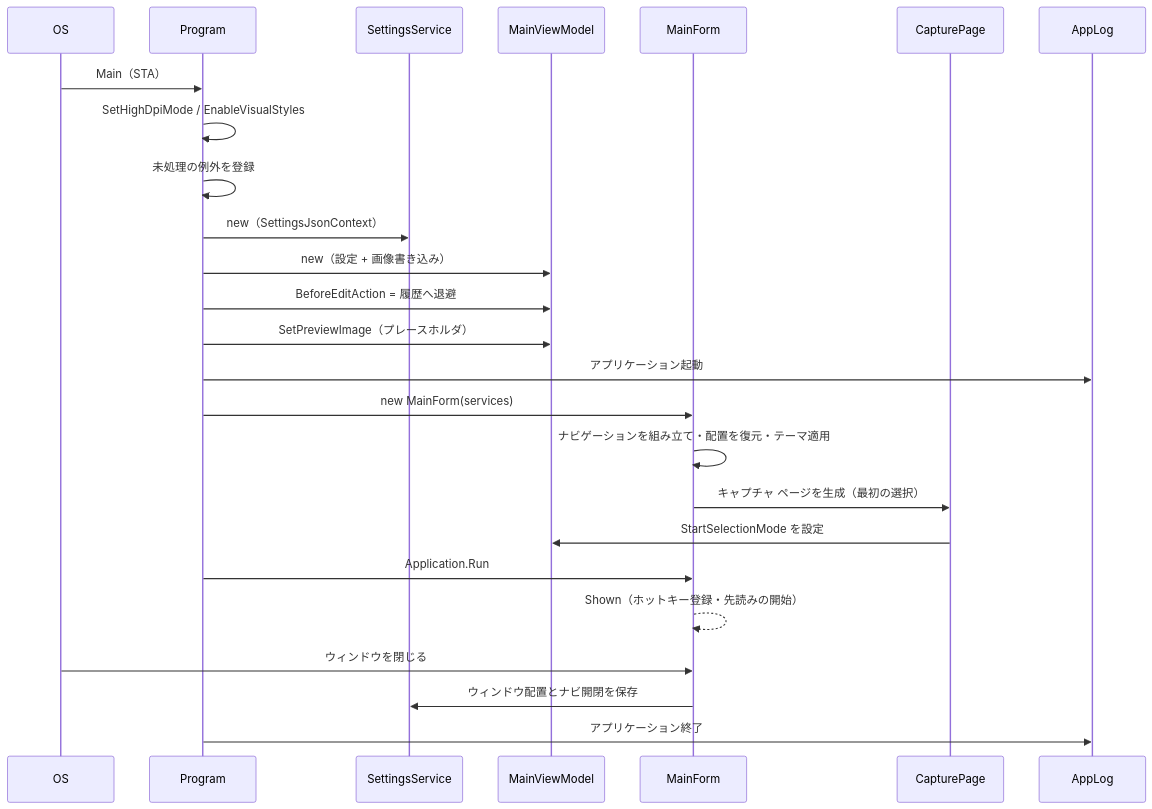
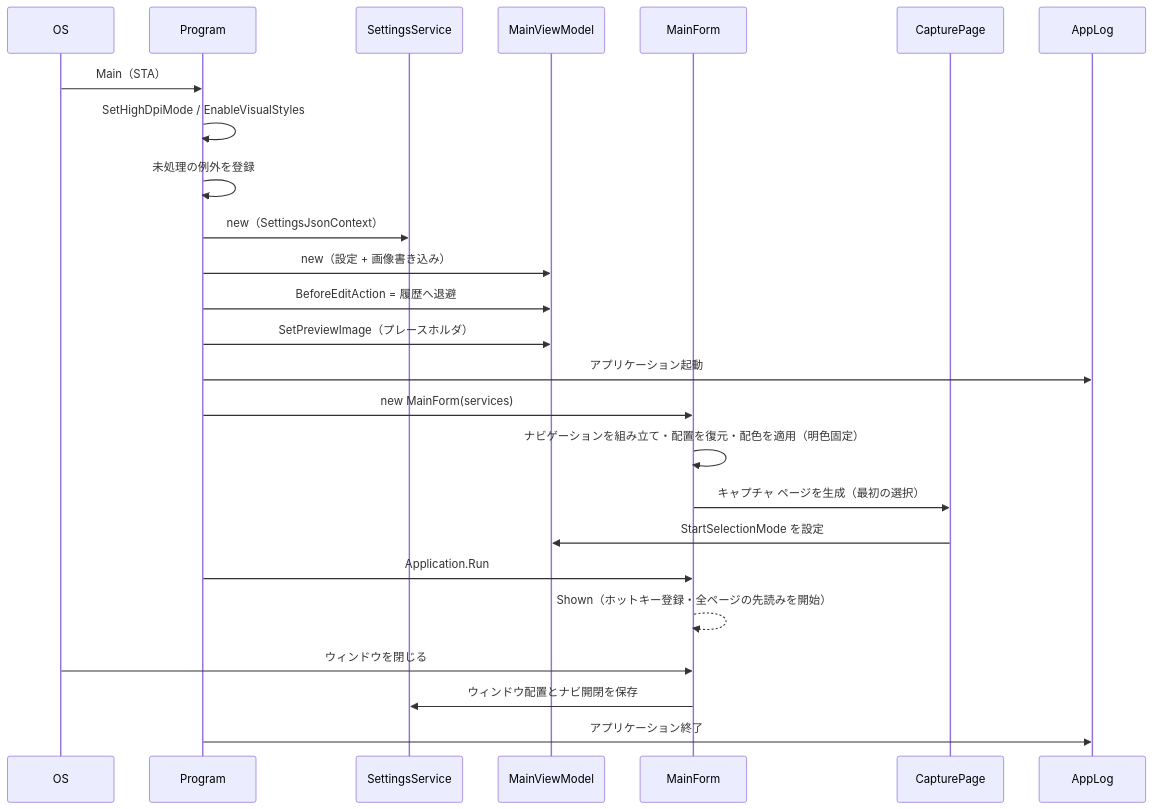
The fourth of 9 diagrams in src/App.WinForms/docs/SPEC_System.md (tomokuni/SaveEvidence), drawn with Mermaid before and after one commit. The commit also changed other lines of this file and 132 other files, not shown here.

````diff
--- a/src/App.WinForms/docs/SPEC_System.md
+++ b/src/App.WinForms/docs/SPEC_System.md
@@ -287,28 +288,28 @@
 ```mermaid
 sequenceDiagram
     participant OS
     participant Program
     participant Settings as SettingsService
     participant VM as MainViewModel
     participant Form as MainForm
     participant Page as CapturePage
     participant Log as AppLog
 
     OS->>Program: Main（STA）
     Program->>Program: SetHighDpiMode / EnableVisualStyles
     Program->>Program: 未処理の例外を登録
     Program->>Settings: new（SettingsJsonContext）
     Program->>VM: new（設定 + 画像書き込み）
     Program->>VM: BeforeEditAction = 履歴へ退避
     Program->>VM: SetPreviewImage（プレースホルダ）
     Program->>Log: アプリケーション起動
     Program->>Form: new MainForm(services)
-    Form->>Form: ナビゲーションを組み立て・配置を復元・テーマ適用
+    Form->>Form: ナビゲーションを組み立て・配置を復元・配色を適用（明色固定）
     Form->>Page: キャプチャ ページを生成（最初の選択）
     Page->>VM: StartSelectionMode を設定
     Program->>Form: Application.Run
-    Form-->>Form: Shown（ホットキー登録・先読みの開始）
+    Form-->>Form: Shown（ホットキー登録・全ページの先読みを開始）
     OS->>Form: ウィンドウを閉じる
     Form->>Settings: ウィンドウ配置とナビ開閉を保存
     Program->>Log: アプリケーション終了
 ```
````
